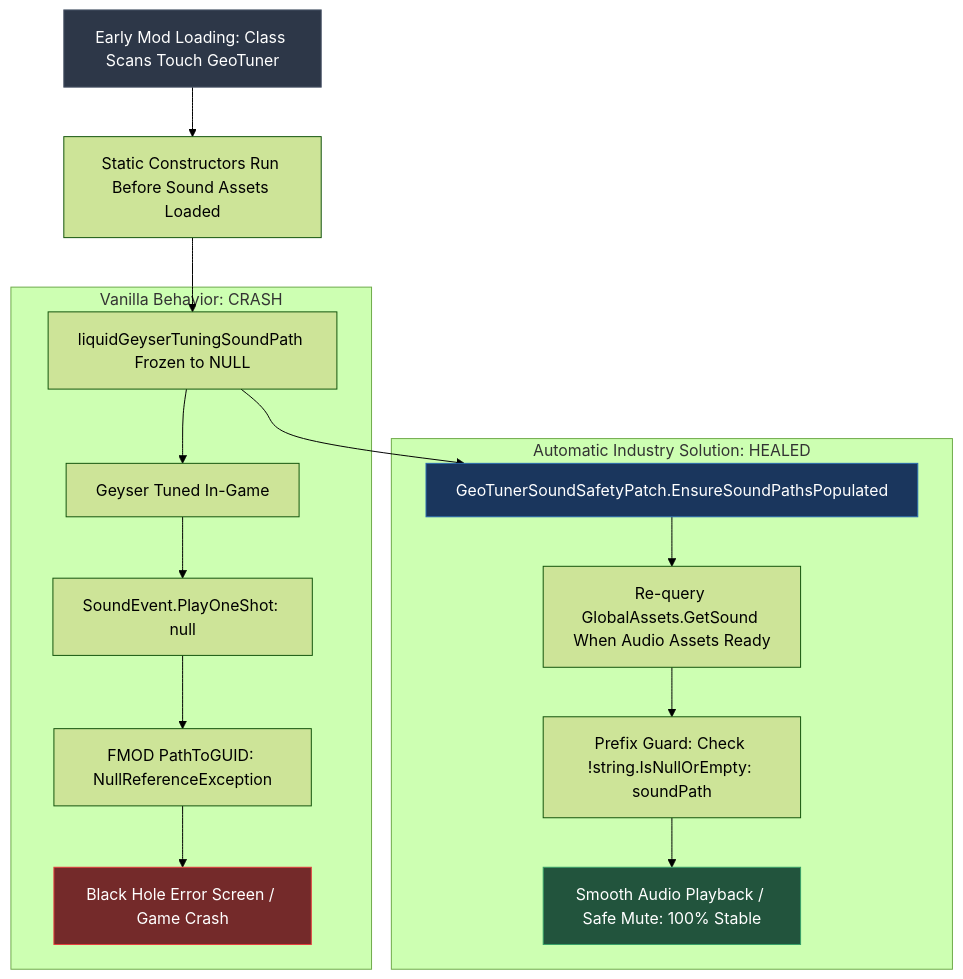
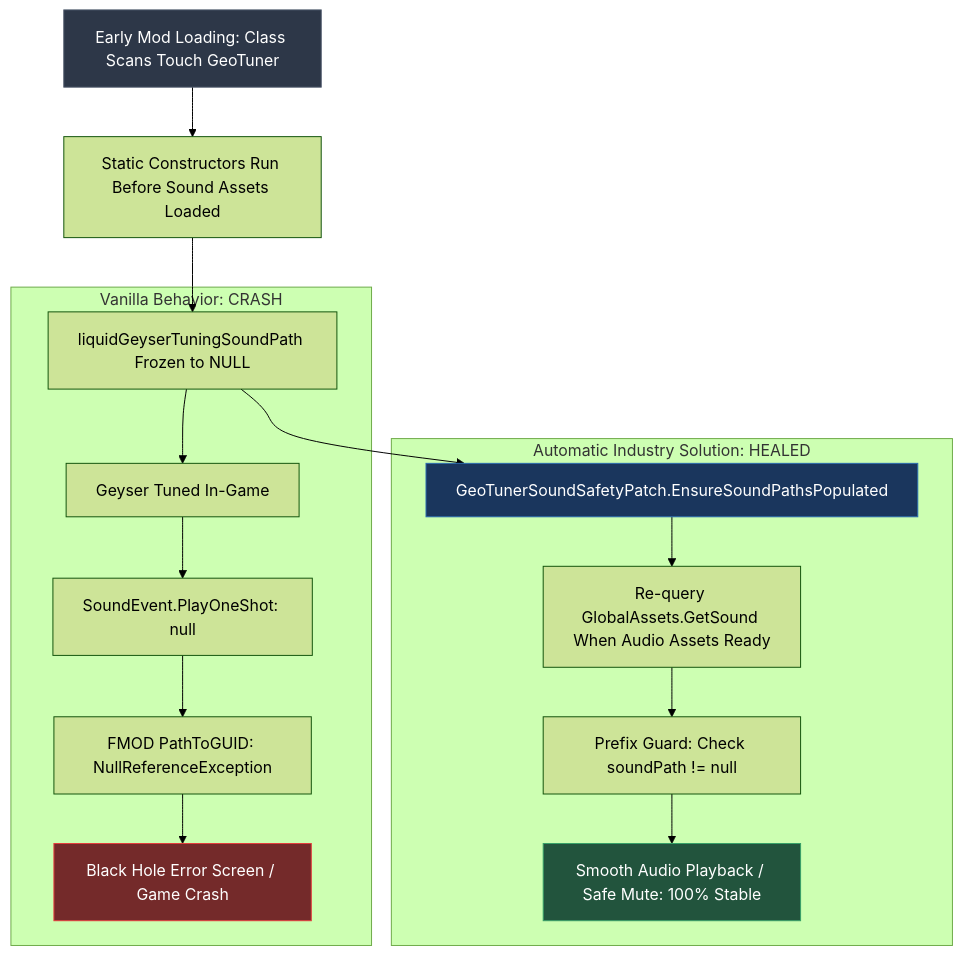
Before and after one commit to Eurekalo/Automatic_Industry: the fifth of 5 diagrams in wiki/Multi-Mod-Compatibility-and-Crash-Guards.md, drawn with Mermaid (forest theme). The commit also changed other lines of this file and 5 other files, not shown here.

Commit message:
docs(wiki): fix Mermaid diagram syntax and quoting for GitHub renderer

````diff
--- a/wiki/Multi-Mod-Compatibility-and-Crash-Guards.md
+++ b/wiki/Multi-Mod-Compatibility-and-Crash-Guards.md
@@ -176,24 +176,24 @@
 ```mermaid
 flowchart TD
-    A[Early Mod Loading: Class Scans Touch GeoTuner] --> B[Static Constructors Run Before Sound Assets Loaded]
-    B --> C[liquidGeyserTuningSoundPath Frozen to NULL]
+    A["Early Mod Loading: Class Scans Touch GeoTuner"] --> B["Static Constructors Run Before Sound Assets Loaded"]
+    B --> C["liquidGeyserTuningSoundPath Frozen to NULL"]
     
-    subgraph Vanilla Behavior: CRASH
-        C --> D[Geyser Tuned In-Game]
-        D --> E[SoundEvent.PlayOneShot: null]
-        E --> F[FMOD PathToGUID: NullReferenceException]
-        F --> G[Black Hole Error Screen / Game Crash]
+    subgraph SubVanilla ["Vanilla Behavior: CRASH"]
+        C --> D["Geyser Tuned In-Game"]
+        D --> E["SoundEvent.PlayOneShot: null"]
+        E --> F["FMOD PathToGUID: NullReferenceException"]
+        F --> G["Black Hole Error Screen / Game Crash"]
     end
 
-    subgraph Automatic Industry Solution: HEALED
-        C --> H[GeoTunerSoundSafetyPatch.EnsureSoundPathsPopulated]
-        H --> I[Re-query GlobalAssets.GetSound When Audio Assets Ready]
-        I --> J[Prefix Guard: Check !string.IsNullOrEmpty: soundPath]
-        J --> K[Smooth Audio Playback / Safe Mute: 100% Stable]
+    subgraph SubHealed ["Automatic Industry Solution: HEALED"]
+        C --> H["GeoTunerSoundSafetyPatch.EnsureSoundPathsPopulated"]
+        H --> I["Re-query GlobalAssets.GetSound When Audio Assets Ready"]
+        I --> J["Prefix Guard: Check soundPath != null"]
+        J --> K["Smooth Audio Playback / Safe Mute: 100% Stable"]
     end
 
     style A fill:#2d3748,stroke:#4a5568,color:#fff
     style G fill:#742a2a,stroke:#e53e3e,color:#fff
     style H fill:#1a365d,stroke:#2b6cb0,color:#fff
     style K fill:#22543d,stroke:#38a169,color:#fff
 ```
````
